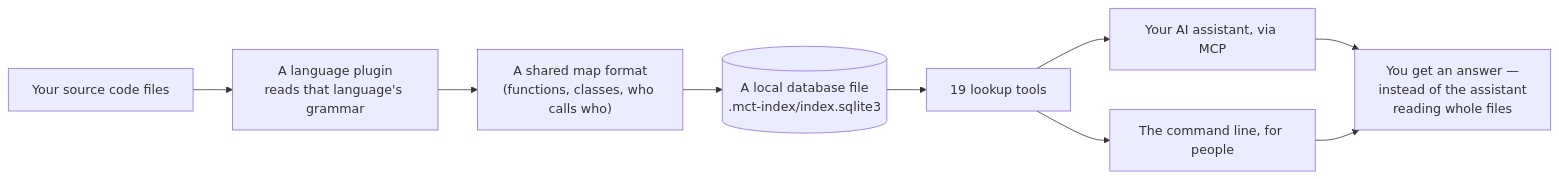
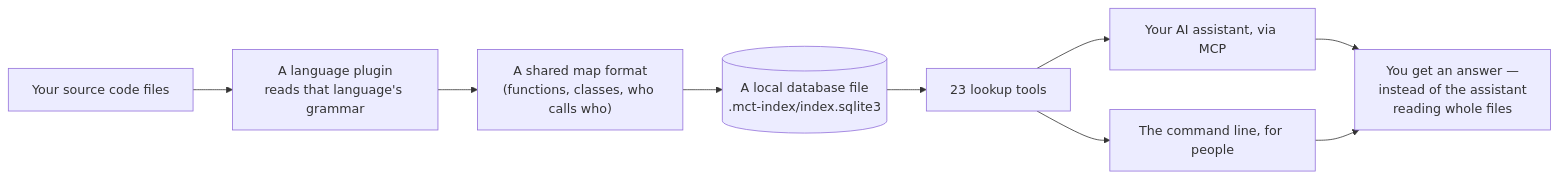
Before and after one commit to Zubiarka8/mini-consumes-tokens: the diagram in ARCHITECTURE.md, drawn with Mermaid. The commit also changed other lines of this file and 133 other files, not shown here.

````diff
--- a/ARCHITECTURE.md
+++ b/ARCHITECTURE.md
@@ -17,11 +17,11 @@
 ```mermaid
 flowchart LR
     A["Your source code files"] --> B["A language plugin<br/>reads that language's grammar"]
     B --> C["A shared map format<br/>(functions, classes, who calls who)"]
     C --> D[("A local database file<br/>.mct-index/index.sqlite3")]
-    D --> E["19 lookup tools"]
+    D --> E["23 lookup tools"]
     E --> F["Your AI assistant, via MCP"]
     E --> G["The command line, for people"]
     F --> H["You get an answer —<br/>instead of the assistant<br/>reading whole files"]
     G --> H
 ```
````
